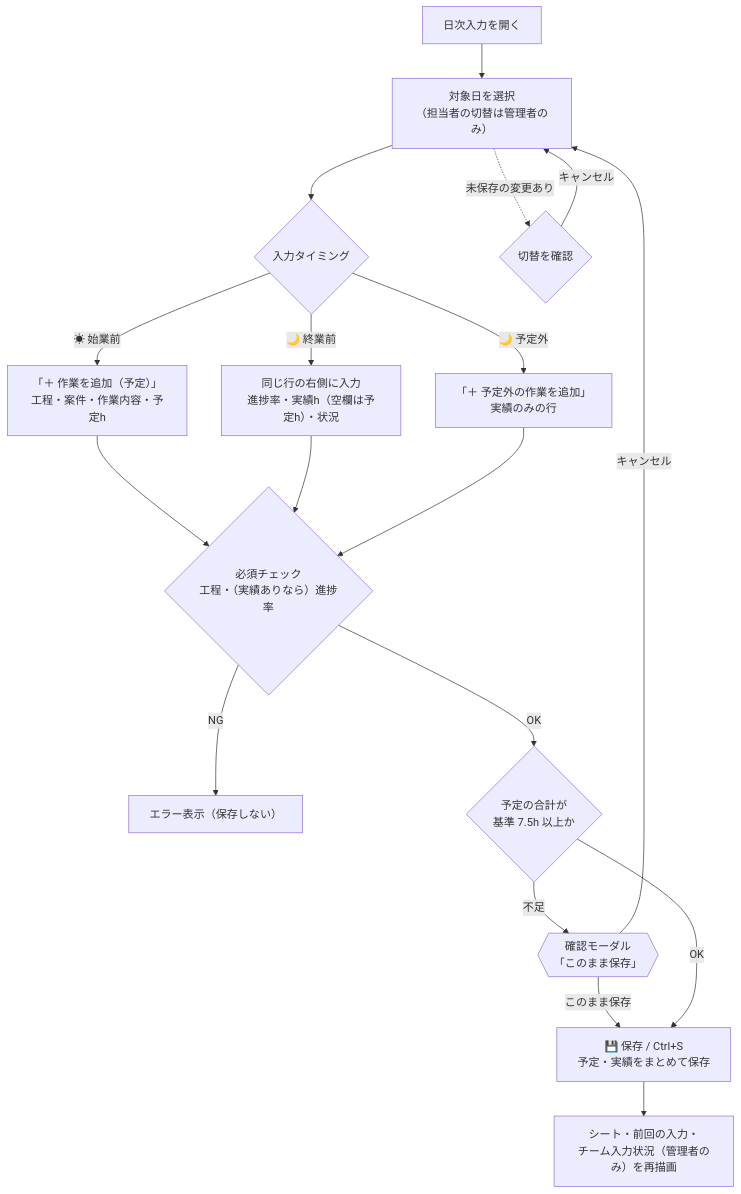
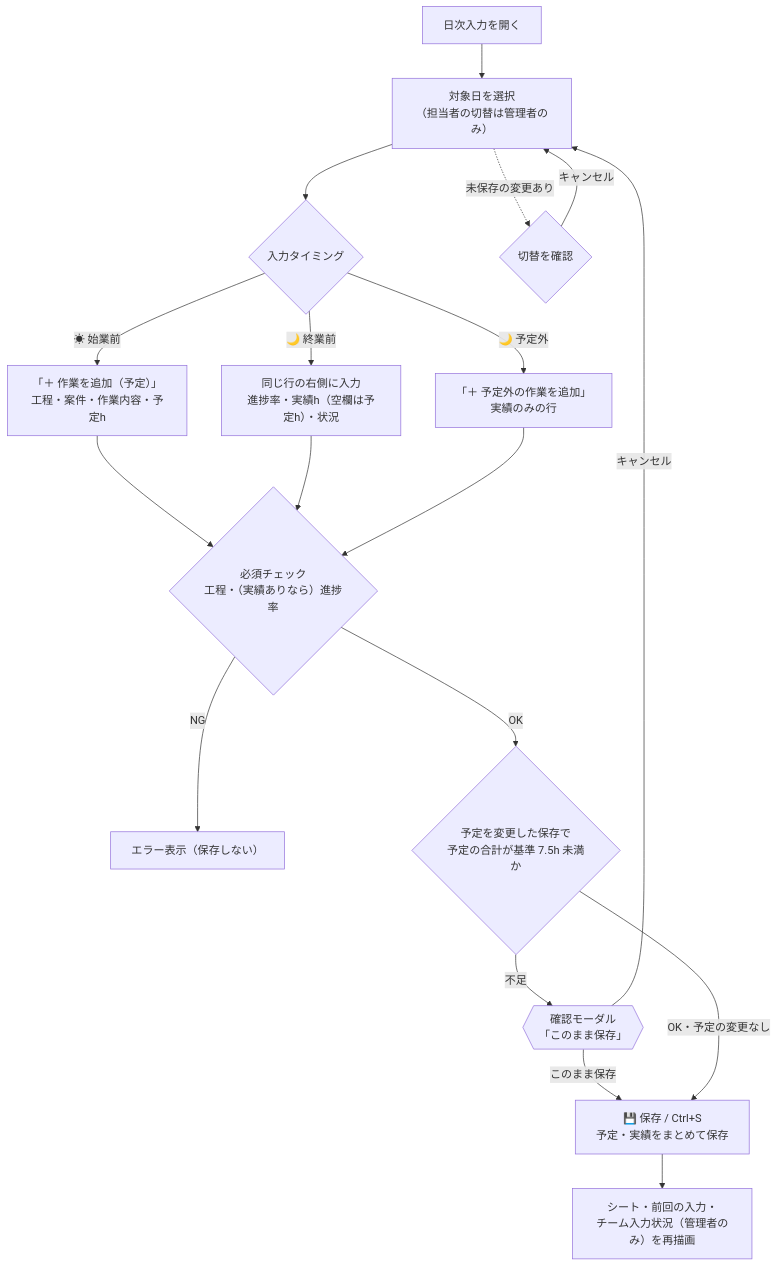
One commit to okSJ28/management-tool changed the fifth of 7 diagrams in docs/画面遷移図.md. Above: the diagram before and after it, drawn with Mermaid. The commit also changed other lines of this file and 18 other files, not shown here.

````diff
--- a/docs/画面遷移図.md
+++ b/docs/画面遷移図.md
@@ -220,20 +222,20 @@
 ```mermaid
 flowchart TB
     A["日次入力を開く"] --> B["対象日を選択<br/>（担当者の切替は管理者のみ）"]
     B --> C{"入力タイミング"}
     C -->|"☀ 始業前"| D["「＋ 作業を追加（予定）」<br/>工程・案件・作業内容・予定h"]
     C -->|"🌙 終業前"| E["同じ行の右側に入力<br/>進捗率・実績h（空欄は予定h）・状況"]
     C -->|"🌙 予定外"| F["「＋ 予定外の作業を追加」<br/>実績のみの行"]
     D --> G{"必須チェック<br/>工程・（実績ありなら）進捗率"}
     E --> G
     F --> G
     G -- "NG" --> I["エラー表示（保存しない）"]
-    G -- "OK" --> H{"予定の合計が<br/>基準 7.5h 以上か"}
+    G -- "OK" --> H{"予定を変更した保存で<br/>予定の合計が基準 7.5h 未満か"}
     H -- "不足" --> M{{"確認モーダル<br/>「このまま保存」"}}
     M -- "キャンセル" --> B
     M -- "このまま保存" --> J
-    H -- "OK" --> J["💾 保存 / Ctrl+S<br/>予定・実績をまとめて保存"]
+    H -- "OK・予定の変更なし" --> J["💾 保存 / Ctrl+S<br/>予定・実績をまとめて保存"]
     J --> K["シート・前回の入力・<br/>チーム入力状況（管理者のみ）を再描画"]
     B -. "未保存の変更あり" .-> L{"切替を確認"}
     L -- "キャンセル" --> B
 ```
````
